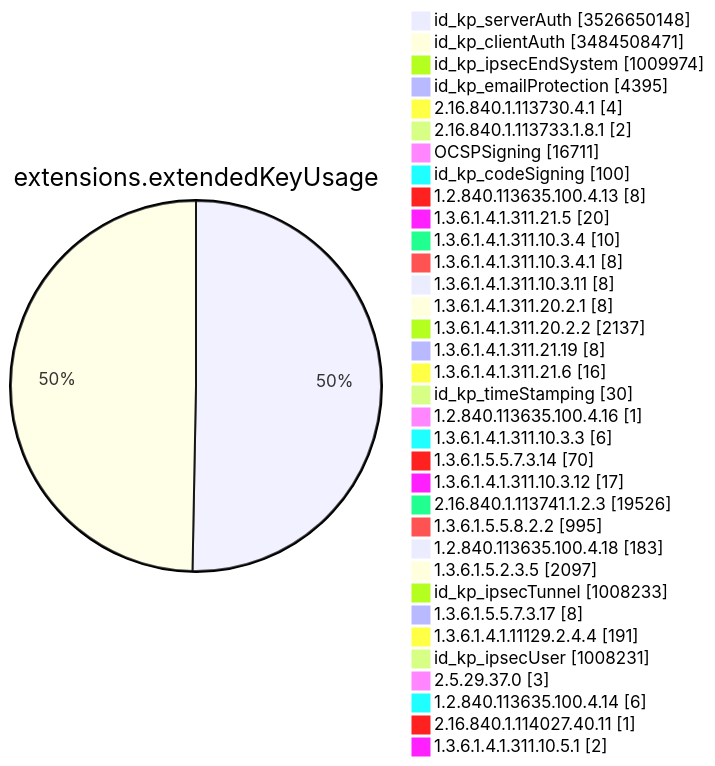
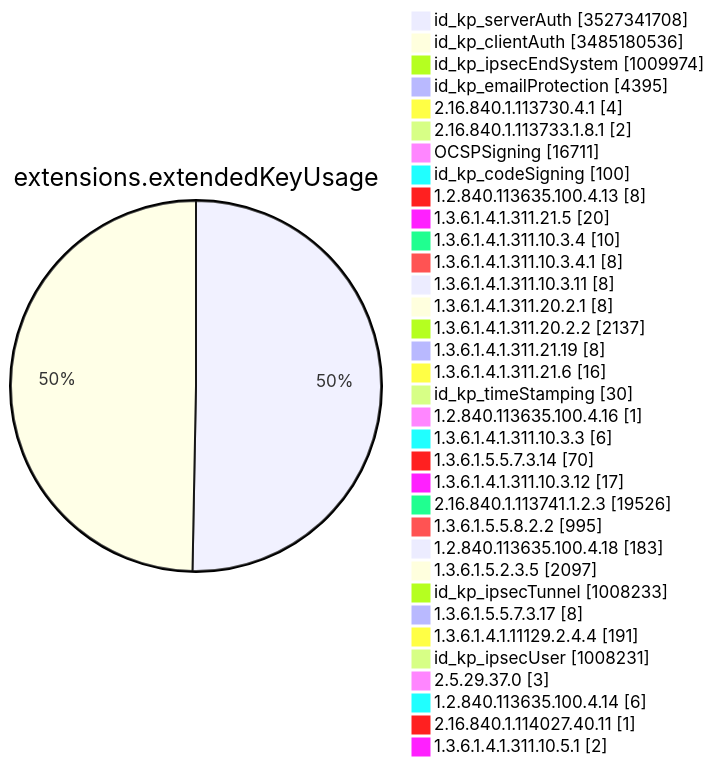
Before and after one commit to christiankrug/ctmonitor_visualization: diagram 11 of 15 in TOTAL/README.md, drawn with Mermaid. The commit also changed other lines of this file, not shown here.

````diff
--- a/TOTAL/README.md
+++ b/TOTAL/README.md
@@ -4127,38 +4127,38 @@
 ```mermaid
 pie showData
 title extensions.extendedKeyUsage
-"id_kp_serverAuth" :3526650148
-"id_kp_clientAuth" :3484508471
+"id_kp_serverAuth" :3527341708
+"id_kp_clientAuth" :3485180536
 "id_kp_ipsecEndSystem" :1009974
 "id_kp_emailProtection" :4395
 "2.16.840.1.113730.4.1" :4
 "2.16.840.1.113733.1.8.1" :2
 "OCSPSigning" :16711
 "id_kp_codeSigning" :100
 "1.2.840.113635.100.4.13" :8
 "1.3.6.1.4.1.311.21.5" :20
 "1.3.6.1.4.1.311.10.3.4" :10
 "1.3.6.1.4.1.311.10.3.4.1" :8
 "1.3.6.1.4.1.311.10.3.11" :8
 "1.3.6.1.4.1.311.20.2.1" :8
 "1.3.6.1.4.1.311.20.2.2" :2137
 "1.3.6.1.4.1.311.21.19" :8
 "1.3.6.1.4.1.311.21.6" :16
 "id_kp_timeStamping" :30
 "1.2.840.113635.100.4.16" :1
 "1.3.6.1.4.1.311.10.3.3" :6
 "1.3.6.1.5.5.7.3.14" :70
 "1.3.6.1.4.1.311.10.3.12" :17
 "2.16.840.1.113741.1.2.3" :19526
 "1.3.6.1.5.5.8.2.2" :995
 "1.2.840.113635.100.4.18" :183
 "1.3.6.1.5.2.3.5" :2097
 "id_kp_ipsecTunnel" :1008233
 "1.3.6.1.5.5.7.3.17" :8
 "1.3.6.1.4.1.11129.2.4.4" :191
 "id_kp_ipsecUser" :1008231
 "2.5.29.37.0" :3
 "1.2.840.113635.100.4.14" :6
 "2.16.840.1.114027.40.11" :1
 "1.3.6.1.4.1.311.10.5.1" :2
 ```
````
